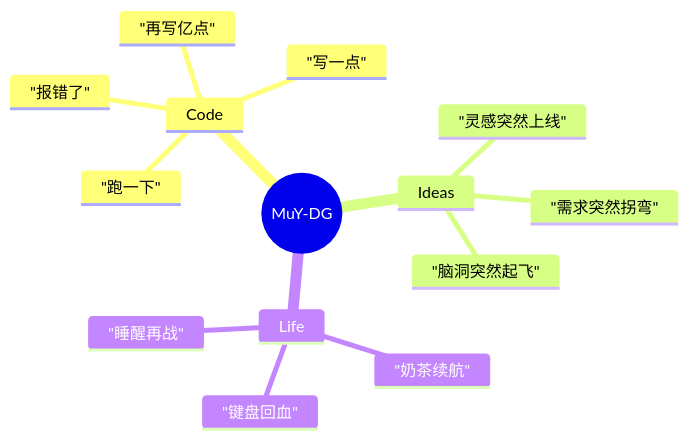
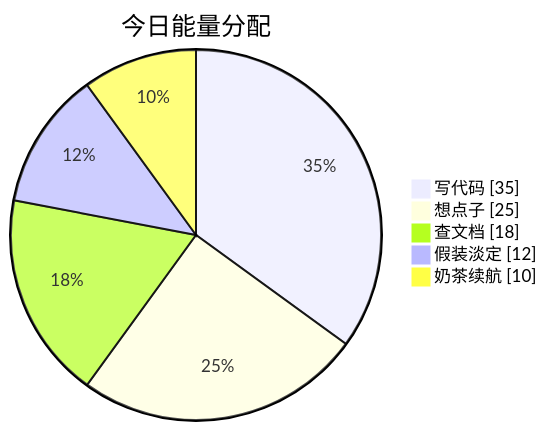
One commit to MuY-DG/MuY-DG changed the first of 3 diagrams in README.md. Above: the diagram before and after it, drawn with Mermaid. The commit also changed other lines of this file, not shown here.

````diff
--- a/README.md
+++ b/README.md
@@ -56,17 +60,9 @@
 ```mermaid
-mindmap
-  root((MuY-DG))
-    Code
-      "写一点"
-      "跑一下"
-      "报错了"
-      "再写亿点"
-    Ideas
-      "灵感突然上线"
-      "需求突然拐弯"
-      "脑洞突然起飞"
-    Life
-      "奶茶续航"
-      "键盘回血"
-      "睡醒再战"
+pie showData
+  title 今日能量分配
+  "写代码" : 35
+  "想点子" : 25
+  "查文档" : 18
+  "假装淡定" : 12
+  "奶茶续航" : 10
 ```
````
